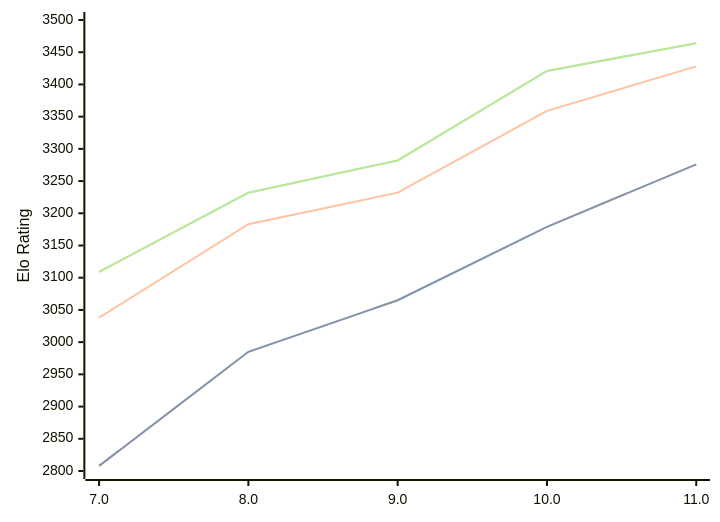
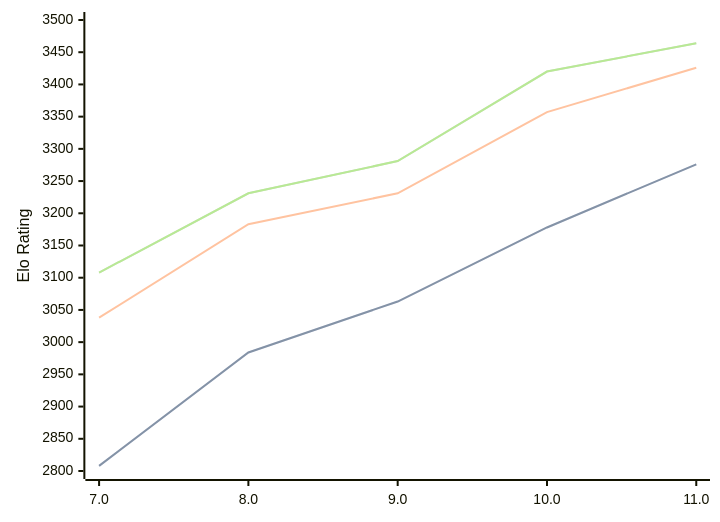
The diagram in engines/Tcheran.md (computer-chess-index/cci), drawn with Mermaid before and after one commit. The commit also changed other lines of this file, not shown here.

Commit message:
Update CCI Ratings (ELO VLTC) - 2026-02-18

````diff
--- a/engines/Tcheran.md
+++ b/engines/Tcheran.md
@@ -46,11 +46,11 @@
 ```mermaid
 %%{init: {"theme":"base","themeVariables":{"seriesColors:['#a3a3a3','#222221','#faa371']}}}%%
 xychart-beta
   x-axis ["7.0", "8.0", "9.0", "10.0", "11.0"]
   y-axis "Elo Rating" 2800 --> 3500
-  line "STC (8.0+0.08s)" [2808, 2985, 3065, 3179, 3276]
-  line "STC (8.0+0.08s)" [2808, 2985, 3065, 3179, 3276]
-  line "LTC (60.0+0.60s)" [3038, 3183, 3232, 3359, 3428]
-  line "VLTC (2m24s+1.12s)" [3109, 3232, 3282, 3421, 3464]
-  line "VLTC (2m24s+1.12s)" [3109, 3232, 3282, 3421, 3464]
+  line "STC (8.0+0.08s)" [2808, 2984, 3063, 3178, 3276]
+  line "STC (8.0+0.08s)" [2808, 2984, 3063, 3178, 3276]
+  line "LTC (60.0+0.60s)" [3038, 3183, 3231, 3357, 3426]
+  line "VLTC (2m24s+1.12s)" [3108, 3231, 3281, 3420, 3464]
+  line "VLTC (2m24s+1.12s)" [3108, 3231, 3281, 3420, 3464]
 ```
````
